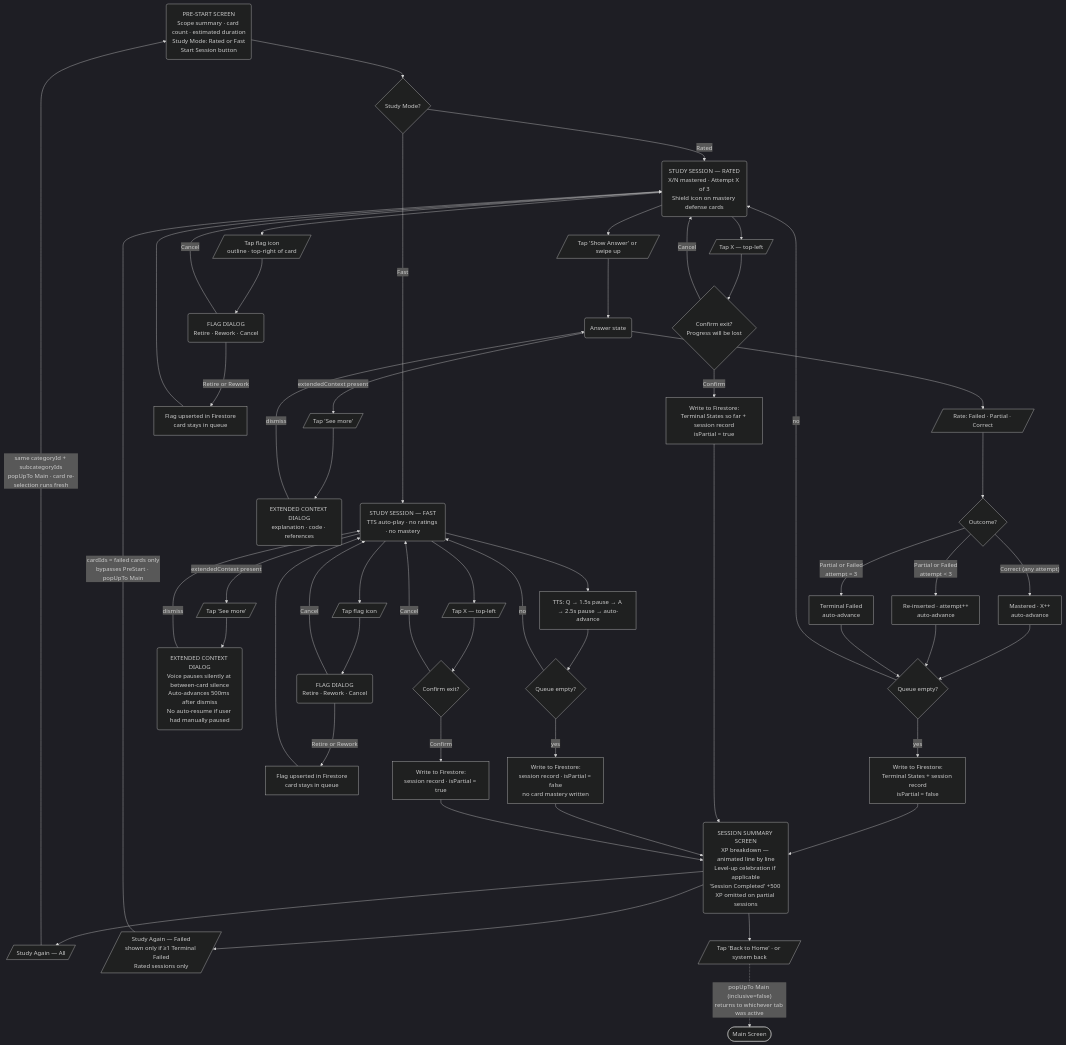
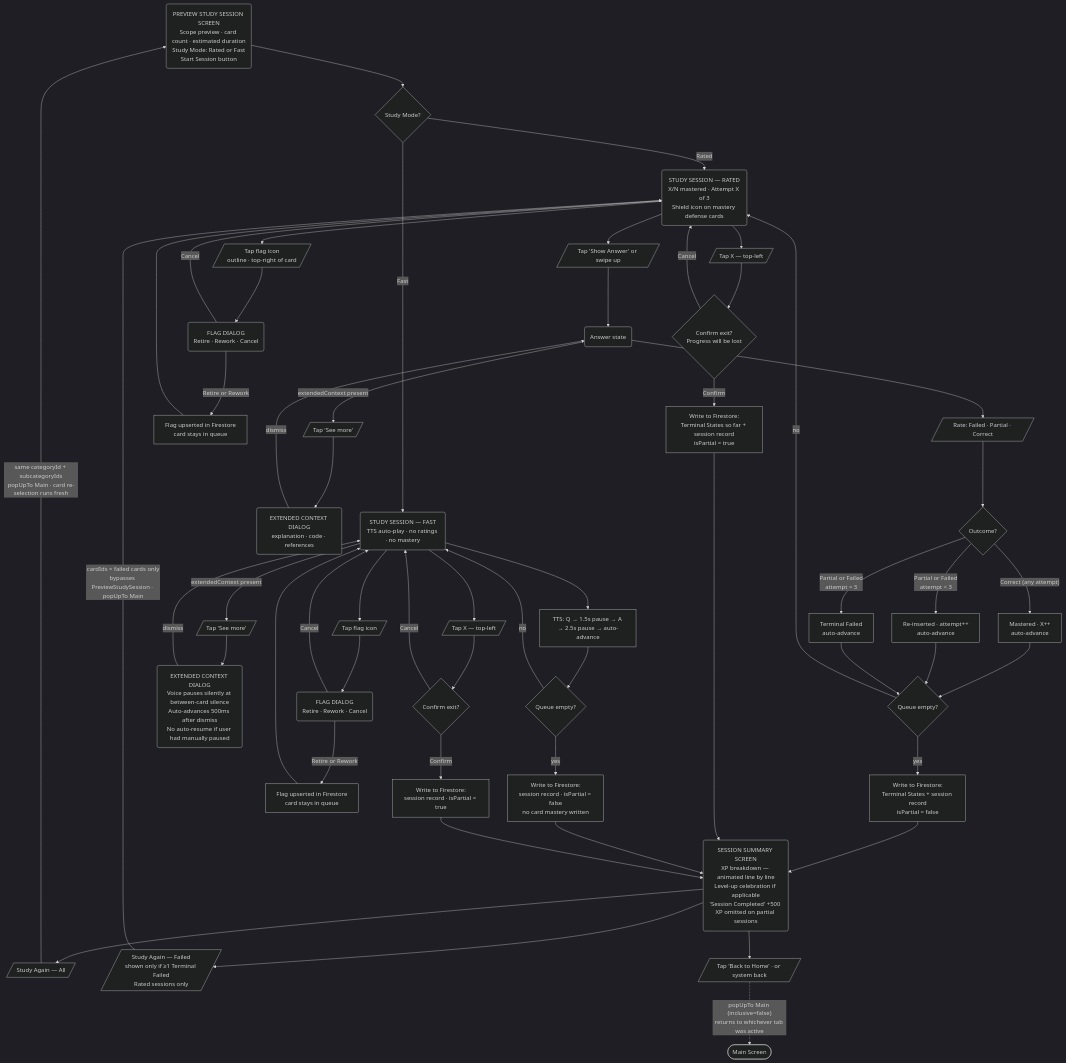
Before and after one commit to Haydart/Flashcards: the second of 2 diagrams in docs/user-flow/study.md, drawn with Mermaid (dark theme). The commit also changed other lines of this file and 9 other files, not shown here.

Commit message:
docs: rename Pre-start Screen to Preview Study Session Screen

````diff
--- a/docs/user-flow/study.md
+++ b/docs/user-flow/study.md
@@ -81,9 +81,9 @@
 
     %% Legend: (Screen)  [/Action/]  {Decision}  ([Entry/Exit])
 
-    %% ── Pre-start Screen ──────────────────────────────────────────
-    PreStart(PRE-START SCREEN\nScope summary · card count · estimated duration\nStudy Mode: Rated or Fast\nStart Session button)
-    PreStart --> ModeChoice{Study Mode?}
+    %% ── Preview Study Session Screen ──────────────────────────────────────────
+    PreviewStudySession(PREVIEW STUDY SESSION SCREEN\nScope preview · card count · estimated duration\nStudy Mode: Rated or Fast\nStart Session button)
+    PreviewStudySession --> ModeChoice{Study Mode?}
     ModeChoice -->|Rated| RatedSession
     ModeChoice -->|Fast| FastSession
 
@@ -160,7 +160,7 @@
     Summary --> StudyAgainFailed[/Study Again — Failed\nshown only if ≥1 Terminal Failed\nRated sessions only/]
     Summary --> GoBack[/Tap 'Back to Home' · or system back/]
 
-    StudyAgainAll -->|"same categoryId + subcategoryIds\npopUpTo Main · card re-selection runs fresh"| PreStart
-    StudyAgainFailed -->|"cardIds = failed cards only\nbypasses PreStart · popUpTo Main"| RatedSession
+    StudyAgainAll -->|"same categoryId + subcategoryIds\npopUpTo Main · card re-selection runs fresh"| PreviewStudySession
+    StudyAgainFailed -->|"cardIds = failed cards only\nbypasses PreviewStudySession · popUpTo Main"| RatedSession
     GoBack -.->|"popUpTo Main (inclusive=false)\nreturns to whichever tab was active"| NavRoot([Main Screen])
 ```
````
